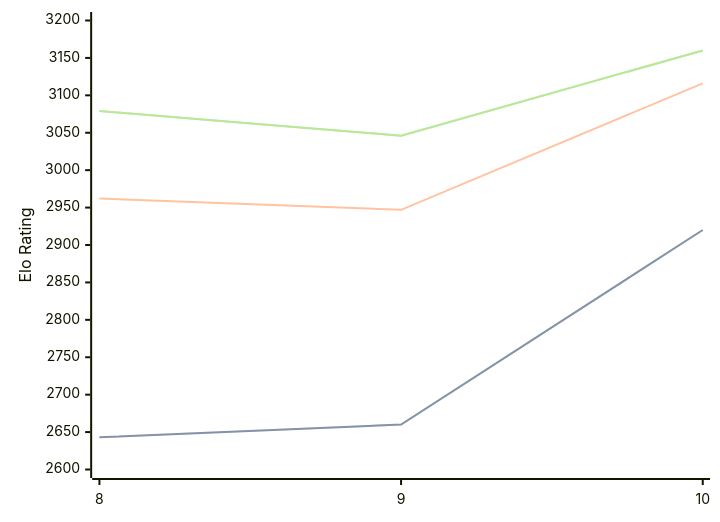
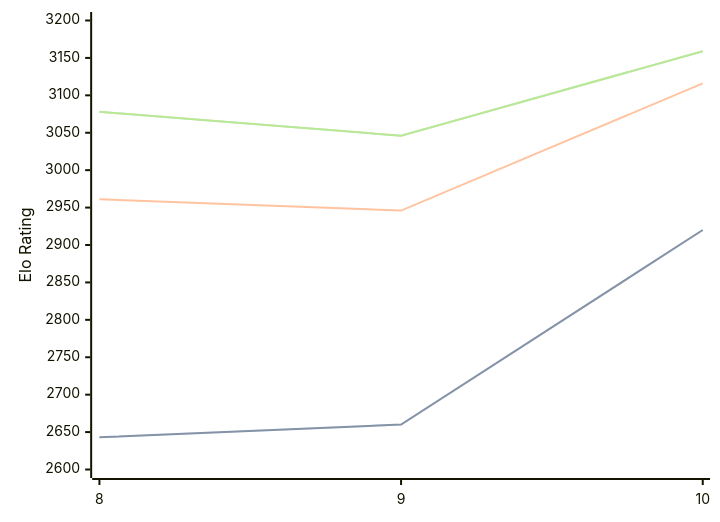
One commit to computer-chess-index/cci changed the diagram in engines/Lozza.md. Above: the diagram before and after it, drawn with Mermaid. The commit also changed other lines of this file, not shown here.

Commit message:
Update CCI Ratings (ELO VLTC) - 2026-03-04

````diff
--- a/engines/Lozza.md
+++ b/engines/Lozza.md
@@ -39,11 +39,11 @@
 ```mermaid
 %%{init: {"theme":"base","themeVariables":{"seriesColors:['#a3a3a3','#222221','#faa371']}}}%%
 xychart-beta
   x-axis ["8", "9", "10"]
   y-axis "Elo Rating" 2600 --> 3200
   line "STC (8.0+0.08s)" [2643, 2660, 2920]
   line "STC (8.0+0.08s)" [2643, 2660, 2920]
-  line "LTC (60.0+0.60s)" [2962, 2947, 3116]
-  line "VLTC (2m24s+1.12s)" [3079, 3046, 3160]
-  line "VLTC (2m24s+1.12s)" [3079, 3046, 3160]
+  line "LTC (60.0+0.60s)" [2961, 2946, 3116]
+  line "VLTC (2m24s+1.12s)" [3078, 3046, 3159]
+  line "VLTC (2m24s+1.12s)" [3078, 3046, 3159]
 ```
````
